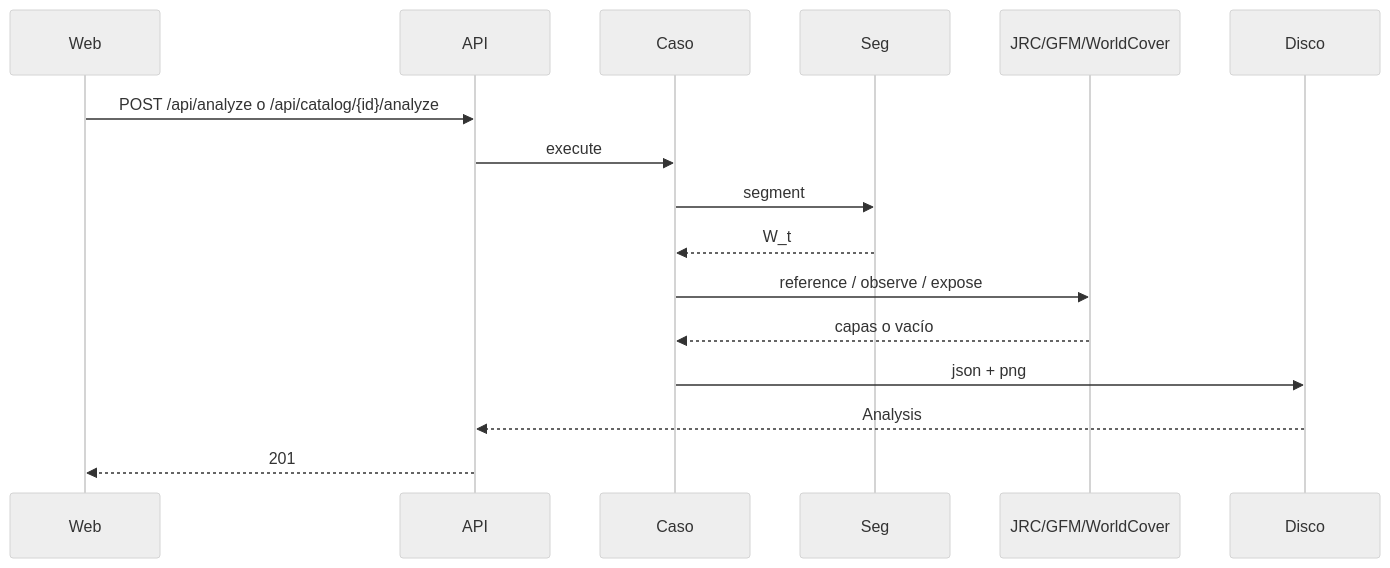
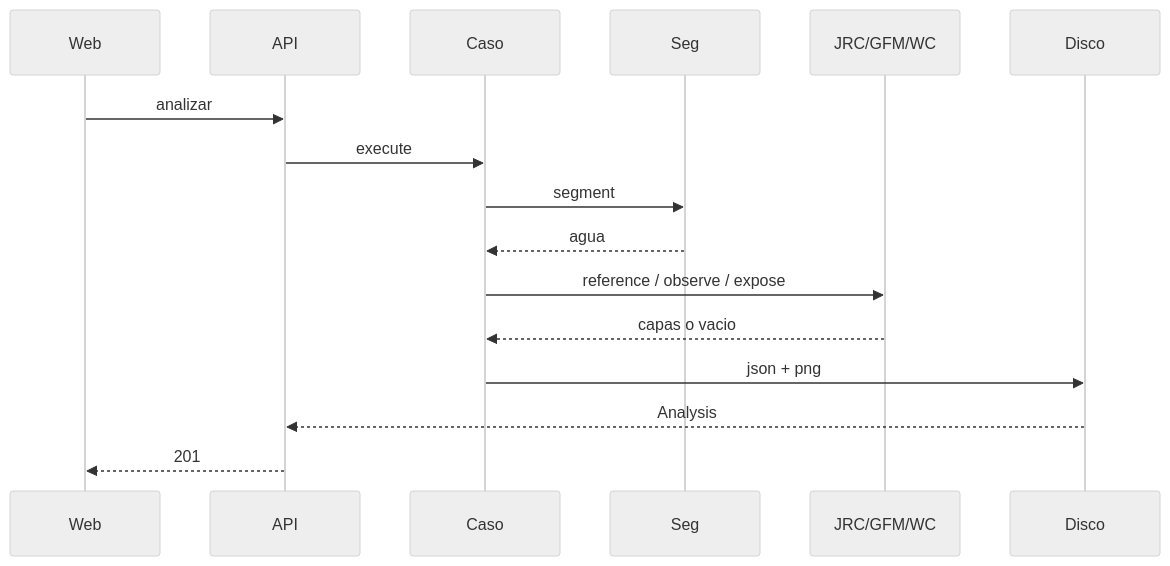
The second of 4 diagrams in docs/SegundoInforme.md (Charlsz/Tune), drawn with Mermaid (neutral theme) before and after one commit. The commit also changed other lines of this file, not shown here.

````diff
--- a/docs/SegundoInforme.md
+++ b/docs/SegundoInforme.md
@@ -288,18 +226,18 @@
 ```mermaid
 sequenceDiagram
   participant Web
   participant API
   participant Caso
   participant Seg
-  participant Ext as JRC/GFM/WorldCover
+  participant Ext as JRC/GFM/WC
   participant Disco
-  Web->>API: POST /api/analyze o /api/catalog/{id}/analyze
+  Web->>API: analizar
   API->>Caso: execute
   Caso->>Seg: segment
-  Seg-->>Caso: W_t
+  Seg-->>Caso: agua
   Caso->>Ext: reference / observe / expose
-  Ext-->>Caso: capas o vacío
+  Ext-->>Caso: capas o vacio
   Caso->>Disco: json + png
   Disco-->>API: Analysis
   API-->>Web: 201
 ```
````
